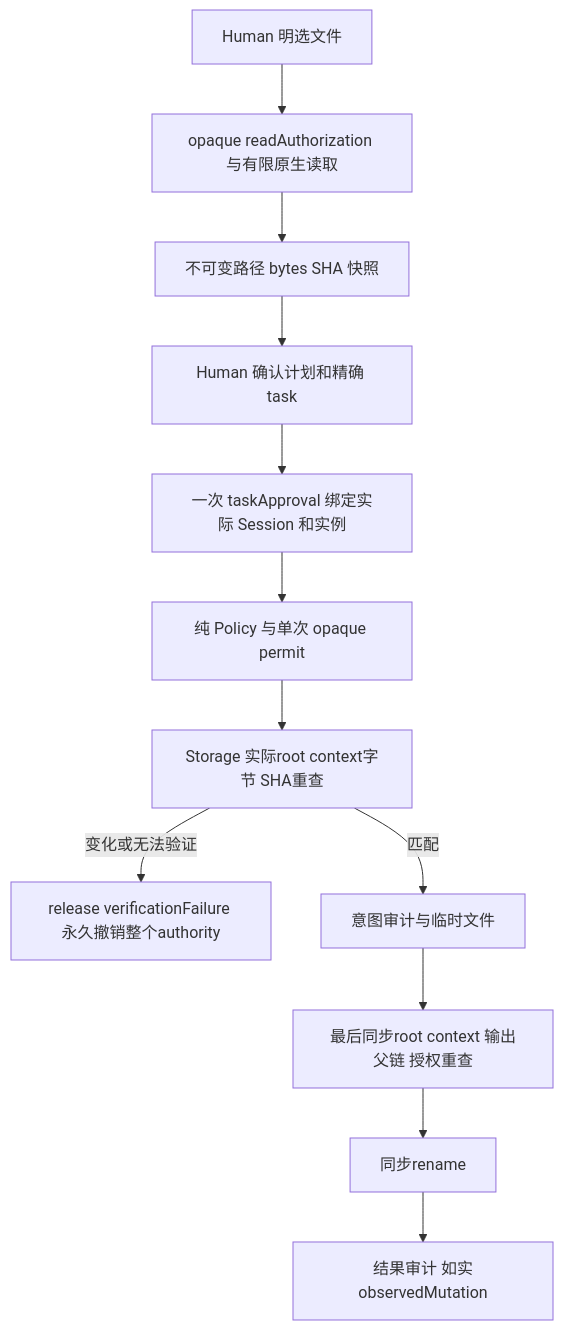
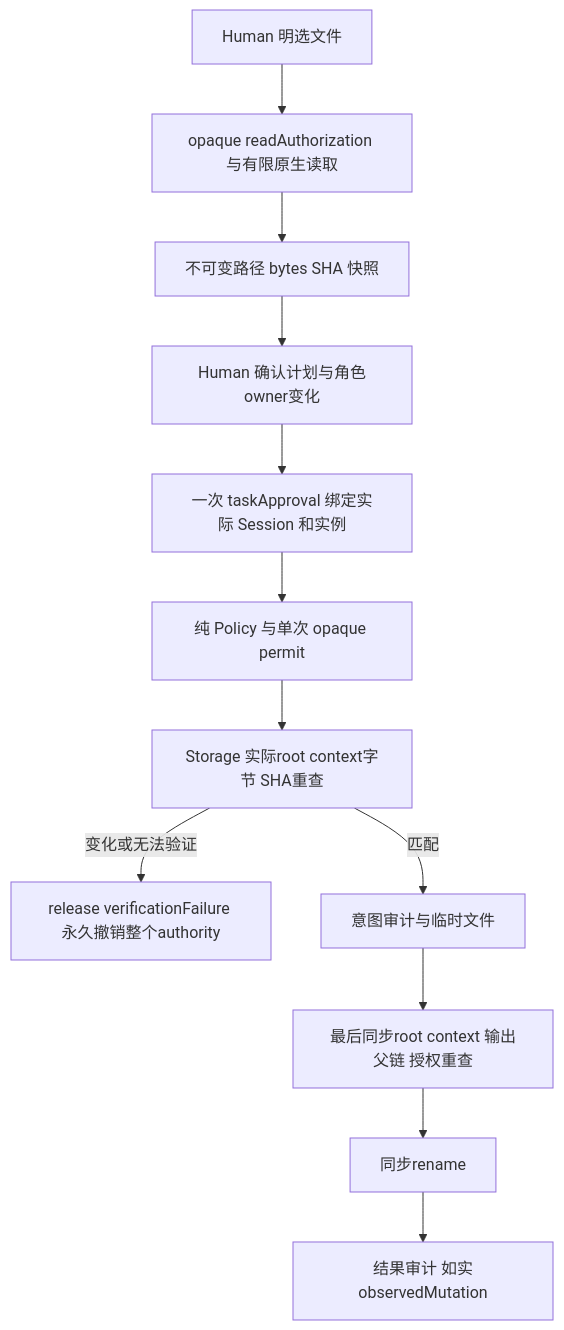
Before and after one commit to wangzhongren/ans-legion: the third of 5 diagrams in docs/roles/KernelEngineer/docs/feature/permission.md, drawn with Mermaid. The commit also changed other lines of this file and 400 other files, not shown here.

````diff
--- a/docs/roles/KernelEngineer/docs/feature/permission.md
+++ b/docs/roles/KernelEngineer/docs/feature/permission.md
@@ -15,14 +52,14 @@
 ```mermaid
 flowchart TD
   selected[Human 明选文件] --> read[opaque readAuthorization 与有限原生读取]
   read --> snapshot[不可变路径 bytes SHA 快照]
-  snapshot --> confirm[Human 确认计划和精确 task]
+  snapshot --> confirm[Human 确认计划与角色owner变化]
   confirm --> instance[一次 taskApproval 绑定实际 Session 和实例]
   instance --> policy[纯 Policy 与单次 opaque permit]
   policy --> verify[Storage 实际root context字节 SHA重查]
   verify -->|变化或无法验证| invalid[release verificationFailure 永久撤销整个authority]
   verify -->|匹配| intent[意图审计与临时文件]
   intent --> final[最后同步root context 输出父链 授权重查]
   final --> commit[同步rename]
   commit --> audit[结果审计 如实observedMutation]
 ```
````
